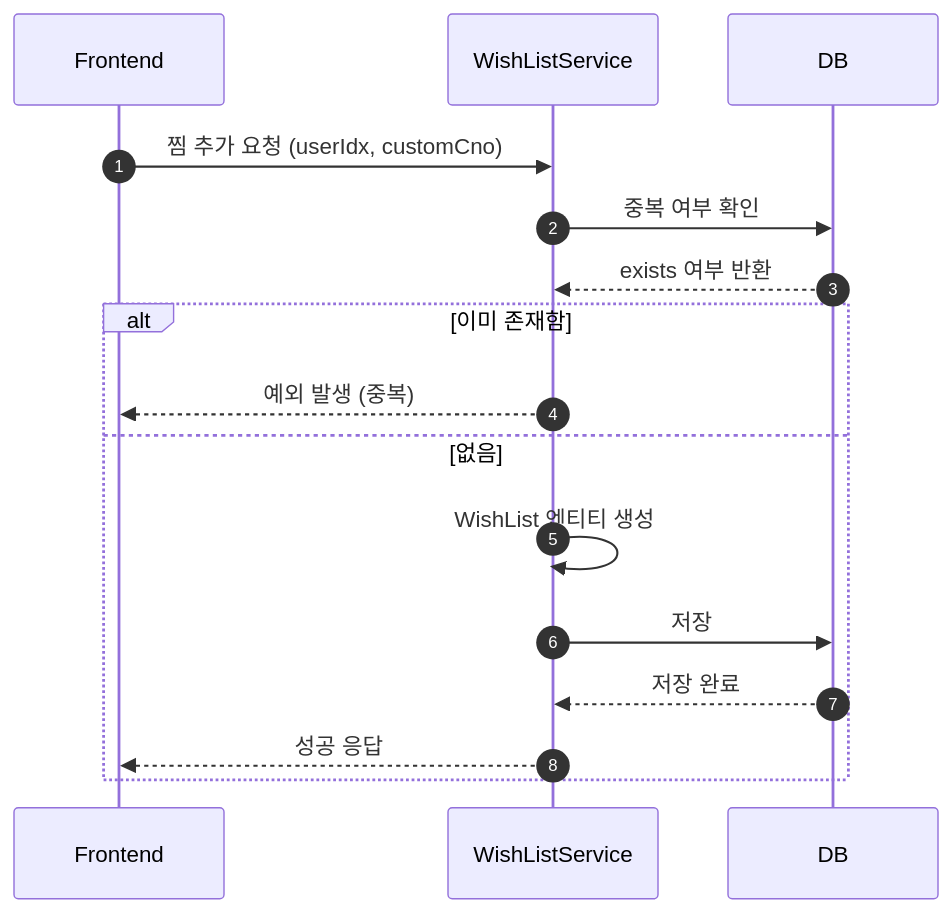
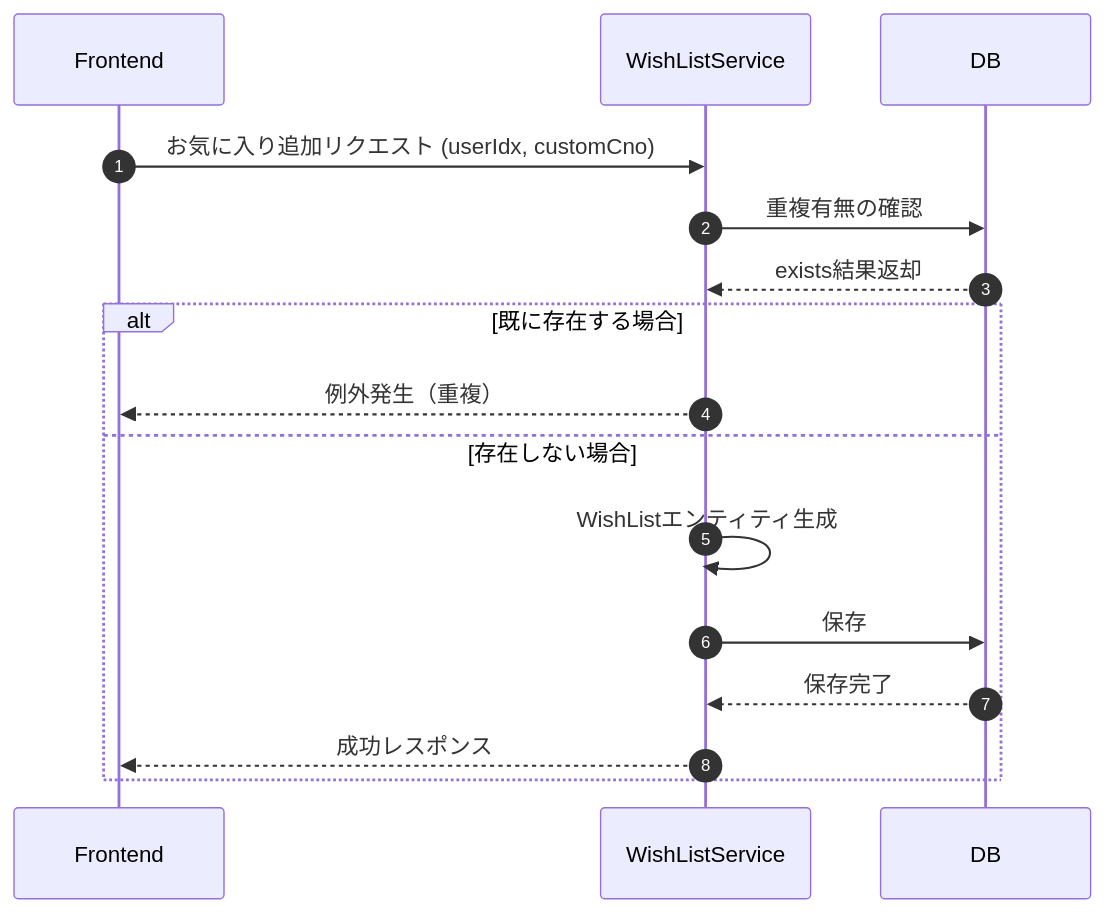
The sixth of 10 diagrams in README_img/SEQUENCE.md (You-HyunHo/Final-Project), drawn with Mermaid before and after one commit. The commit also changed other lines of this file, not shown here.

````diff
--- a/README_img/SEQUENCE.md
+++ b/README_img/SEQUENCE.md
@@ -142,21 +143,21 @@
 ```mermaid
 sequenceDiagram
-autonumber
-participant FE as Frontend
-participant BE as WishListService
-participant DB
+    autonumber
+    participant FE as Frontend
+    participant BE as WishListService
+    participant DB
 
-    FE->>BE: 찜 추가 요청 (userIdx, customCno)
+    FE->>BE: お気に入り追加リクエスト (userIdx, customCno)
 
-    BE->>DB: 중복 여부 확인
-    DB-->>BE: exists 여부 반환
+    BE->>DB: 重複有無の確認
+    DB-->>BE: exists結果返却
 
-    alt 이미 존재함
-        BE-->>FE: 예외 발생 (중복)
-    else 없음
-        BE->>BE: WishList 엔티티 생성
-        BE->>DB: 저장
-        DB-->>BE: 저장 완료
-        BE-->>FE: 성공 응답
+    alt 既に存在する場合
+        BE-->>FE: 例外発生（重複）
+    else 存在しない場合
+        BE->>BE: WishListエンティティ生成
+        BE->>DB: 保存
+        DB-->>BE: 保存完了
+        BE-->>FE: 成功レスポンス
     end
 ```
````
